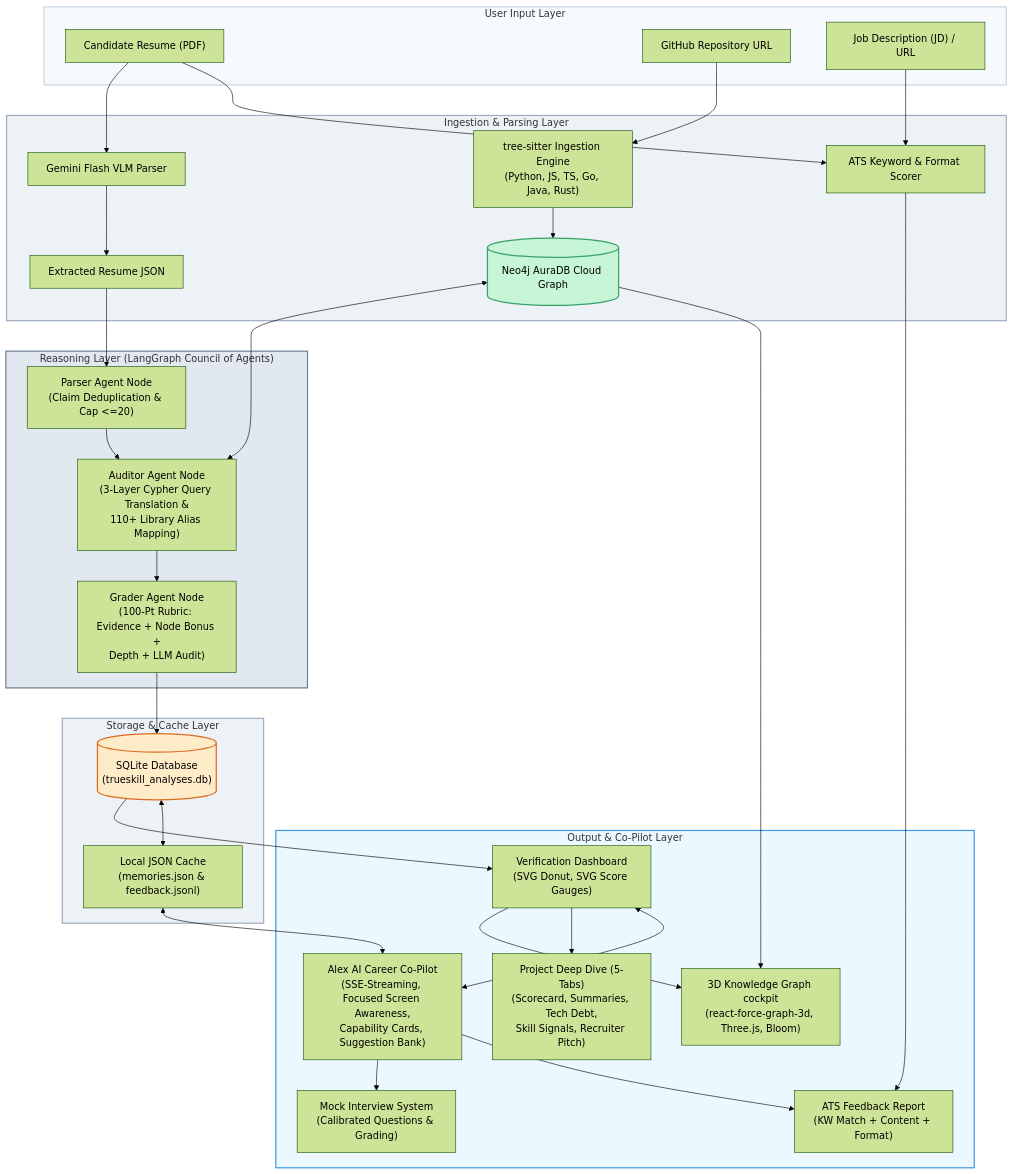
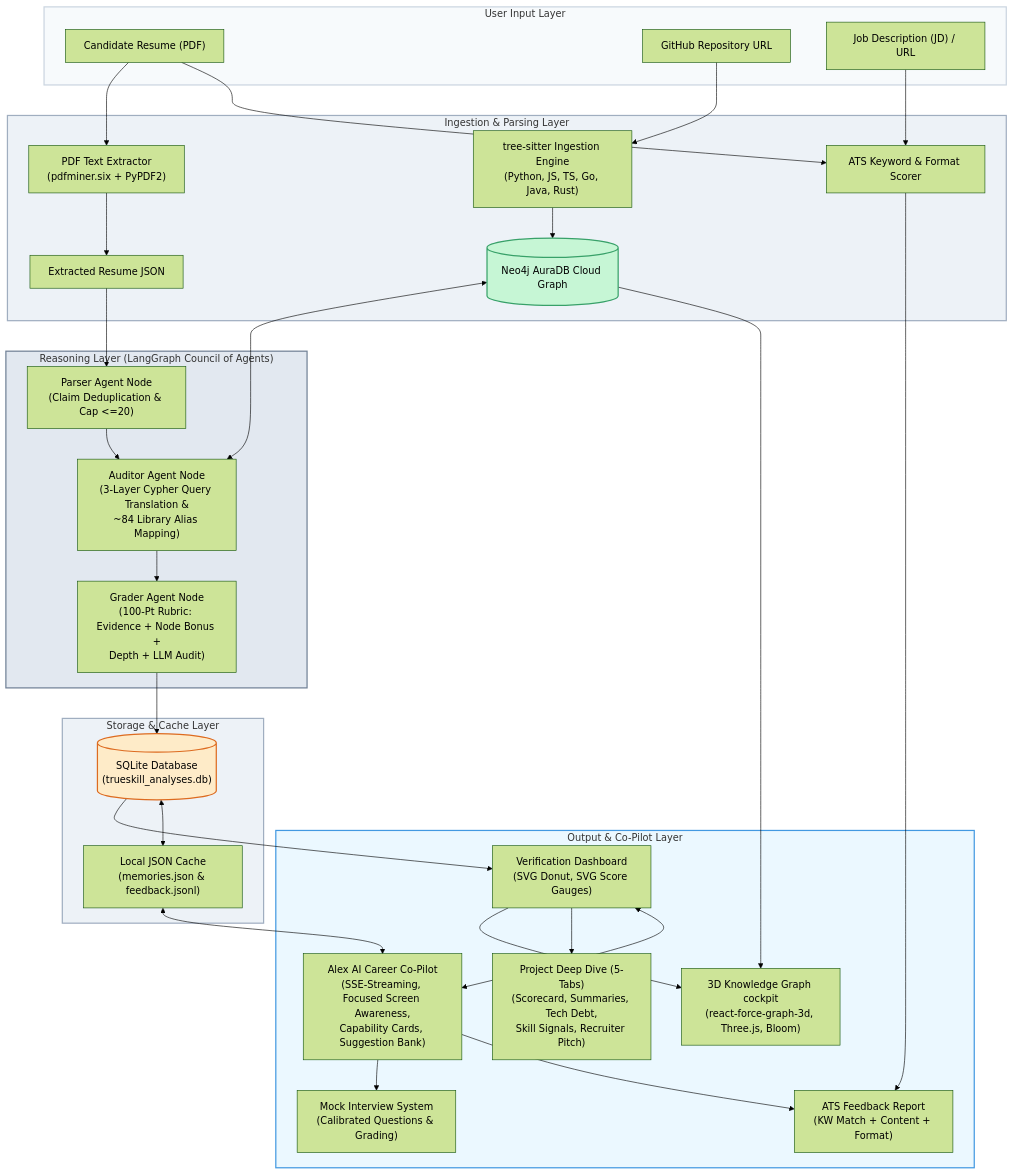
Before and after one commit to adityachowdhuryin/trueskill-ai: the diagram in architecture_flowchart.md, drawn with Mermaid (forest theme). The commit also changed other lines of this file and 10 other files, not shown here.

````diff
--- a/architecture_flowchart.md
+++ b/architecture_flowchart.md
@@ -5,75 +5,75 @@
 ```mermaid
 flowchart TD
     subgraph Input_Layer ["User Input Layer"]
         ResumePDF["Candidate Resume (PDF)"]
         GitHubURL["GitHub Repository URL"]
         JobDesc["Job Description (JD) / URL"]
     end
 
     subgraph Ingestion_Layer ["Ingestion & Parsing Layer"]
-        VLM_Parser["Gemini Flash VLM Parser"]
+        PDF_Parser["PDF Text Extractor<br>(pdfminer.six + PyPDF2)"]
         AST_Ingest["tree-sitter Ingestion Engine<br>(Python, JS, TS, Go, Java, Rust)"]
         ATS_Engine["ATS Keyword & Format Scorer"]
         Neo4jDB[("Neo4j AuraDB Cloud Graph")]
         ResumeText["Extracted Resume JSON"]
     end
 
     subgraph Reasoning_Layer ["Reasoning Layer (LangGraph Council of Agents)"]
         ParserNode["Parser Agent Node<br>(Claim Deduplication & Cap <=20)"]
-        AuditorNode["Auditor Agent Node<br>(3-Layer Cypher Query Translation &<br>110+ Library Alias Mapping)"]
+        AuditorNode["Auditor Agent Node<br>(3-Layer Cypher Query Translation &<br>~84 Library Alias Mapping)"]
         GraderNode["Grader Agent Node<br>(100-Pt Rubric: Evidence + Node Bonus +<br>Depth + LLM Audit)"]
     end
 
     subgraph Storage_Layer ["Storage & Cache Layer"]
         SQLiteDB[("SQLite Database<br>(trueskill_analyses.db)")]
         LocalCache["Local JSON Cache<br>(memories.json & feedback.jsonl)"]
     end
 
     subgraph Output_Layer ["Output & Co-Pilot Layer"]
         dashboard["Verification Dashboard<br>(SVG Donut, SVG Score Gauges)"]
         Graph3D["3D Knowledge Graph cockpit<br>(react-force-graph-3d, Three.js, Bloom)"]
         AlexChat["Alex AI Career Co-Pilot<br>(SSE-Streaming, Focused Screen Awareness,<br>Capability Cards, Suggestion Bank)"]
         MockInt["Mock Interview System<br>(Calibrated Questions & Grading)"]
         AtsReport["ATS Feedback Report<br>(KW Match + Content + Format)"]
         ProjectDeep["Project Deep Dive (5-Tabs)<br>(Scorecard, Summaries, Tech Debt,<br>Skill Signals, Recruiter Pitch)"]
     end
 
     %% Data Flow Connections
-    ResumePDF --> VLM_Parser
+    ResumePDF --> PDF_Parser
     ResumePDF --> ATS_Engine
     JobDesc --> ATS_Engine
     GitHubURL --> AST_Ingest
     
-    VLM_Parser --> ResumeText
+    PDF_Parser --> ResumeText
     AST_Ingest --> Neo4jDB
     
     ResumeText --> ParserNode
     ParserNode --> AuditorNode
     Neo4jDB <--> AuditorNode
     AuditorNode --> GraderNode
     
     GraderNode --> SQLiteDB
     
     SQLiteDB --> dashboard
     Neo4jDB --> Graph3D
     
     dashboard --> Graph3D
     dashboard --> ProjectDeep
     ATS_Engine --> AtsReport
     
     %% Alex interaction
     dashboard <--> AlexChat
     SQLiteDB <--> LocalCache
     LocalCache <--> AlexChat
     AlexChat --> MockInt
     AlexChat --> AtsReport
     
     %% Style formatting
     style Input_Layer fill:#F7FAFC,stroke:#CBD5E0,stroke-width:2px;
     style Ingestion_Layer fill:#EDF2F7,stroke:#A0AEC0,stroke-width:2px;
     style Reasoning_Layer fill:#E2E8F0,stroke:#718096,stroke-width:2px;
     style Storage_Layer fill:#EDF2F7,stroke:#A0AEC0,stroke-width:2px;
     style Output_Layer fill:#EBF8FF,stroke:#4299E1,stroke-width:2px;
     style Neo4jDB fill:#C6F6D5,stroke:#38A169,stroke-width:2px;
     style SQLiteDB fill:#FEEBC8,stroke:#DD6B20,stroke-width:2px;
 ```
````
